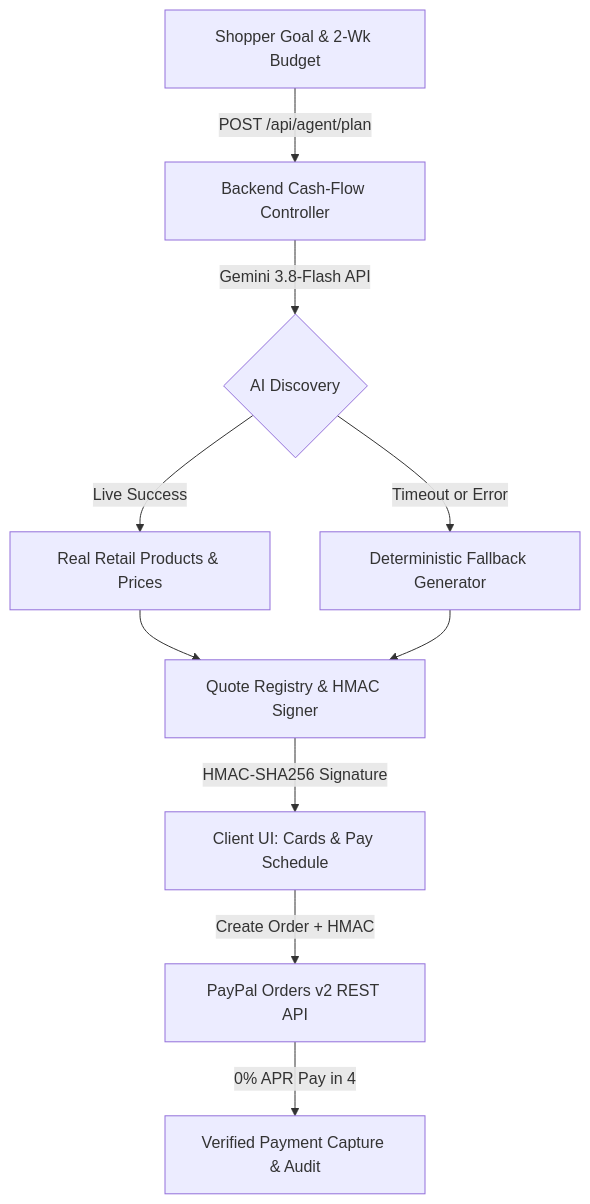
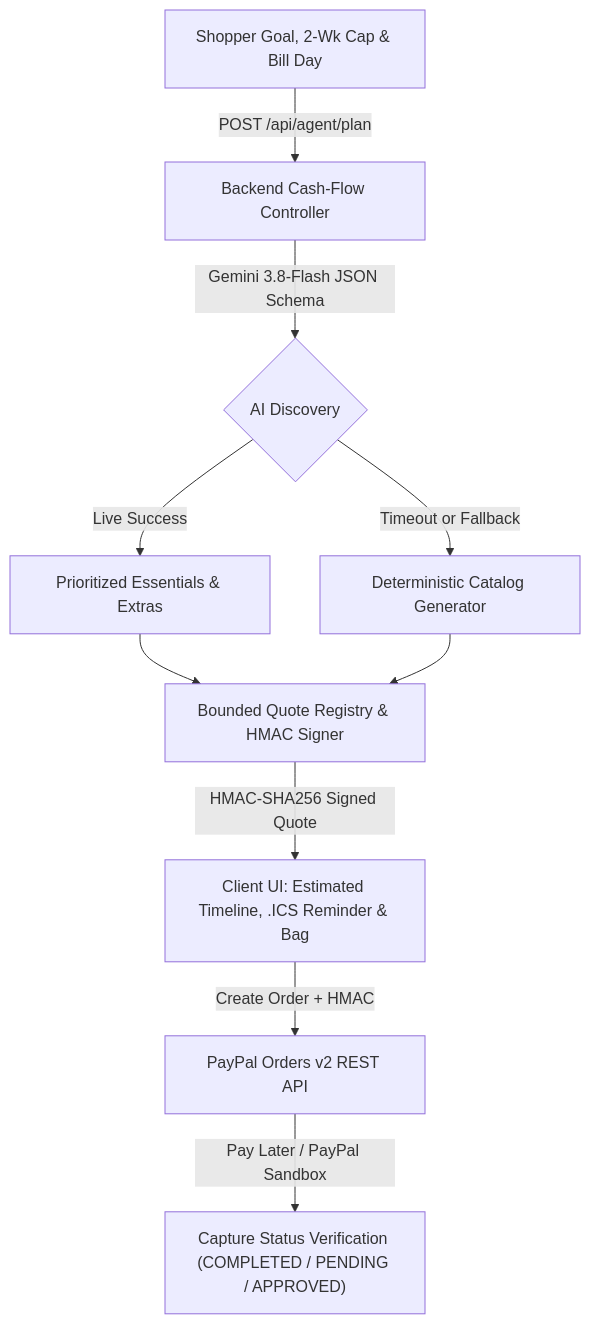
The diagram in README.md (harshithamaripally24/splitcart-ai), drawn with Mermaid before and after one commit. The commit also changed other lines of this file and 1 other file, not shown here.

Commit message:
docs: align README and research notes with verified survey attributions and feature scope

````diff
--- a/README.md
+++ b/README.md
@@ -16,12 +12,12 @@
 ```mermaid
 graph TD
-    A["Shopper Goal & 2-Wk Budget"] -->|"POST /api/agent/plan"| B["Backend Cash-Flow Controller"]
-    B -->|"Gemini 3.8-Flash API"| C{"AI Discovery"}
-    C -->|"Live Success"| D["Real Retail Products & Prices"]
-    C -->|"Timeout or Error"| E["Deterministic Fallback Generator"]
-    D --> F["Quote Registry & HMAC Signer"]
+    A["Shopper Goal, 2-Wk Cap & Bill Day"] -->|"POST /api/agent/plan"| B["Backend Cash-Flow Controller"]
+    B -->|"Gemini 3.8-Flash JSON Schema"| C{"AI Discovery"}
+    C -->|"Live Success"| D["Prioritized Essentials & Extras"]
+    C -->|"Timeout or Fallback"| E["Deterministic Catalog Generator"]
+    D --> F["Bounded Quote Registry & HMAC Signer"]
     E --> F
-    F -->|"HMAC-SHA256 Signature"| G["Client UI: Cards & Pay Schedule"]
+    F -->|"HMAC-SHA256 Signed Quote"| G["Client UI: Estimated Timeline, .ICS Reminder & Bag"]
     G -->|"Create Order + HMAC"| H["PayPal Orders v2 REST API"]
-    H -->|"0% APR Pay in 4"| I["Verified Payment Capture & Audit"]
+    H -->|"Pay Later / PayPal Sandbox"| I["Capture Status Verification (COMPLETED / PENDING / APPROVED)"]
 ```
````
